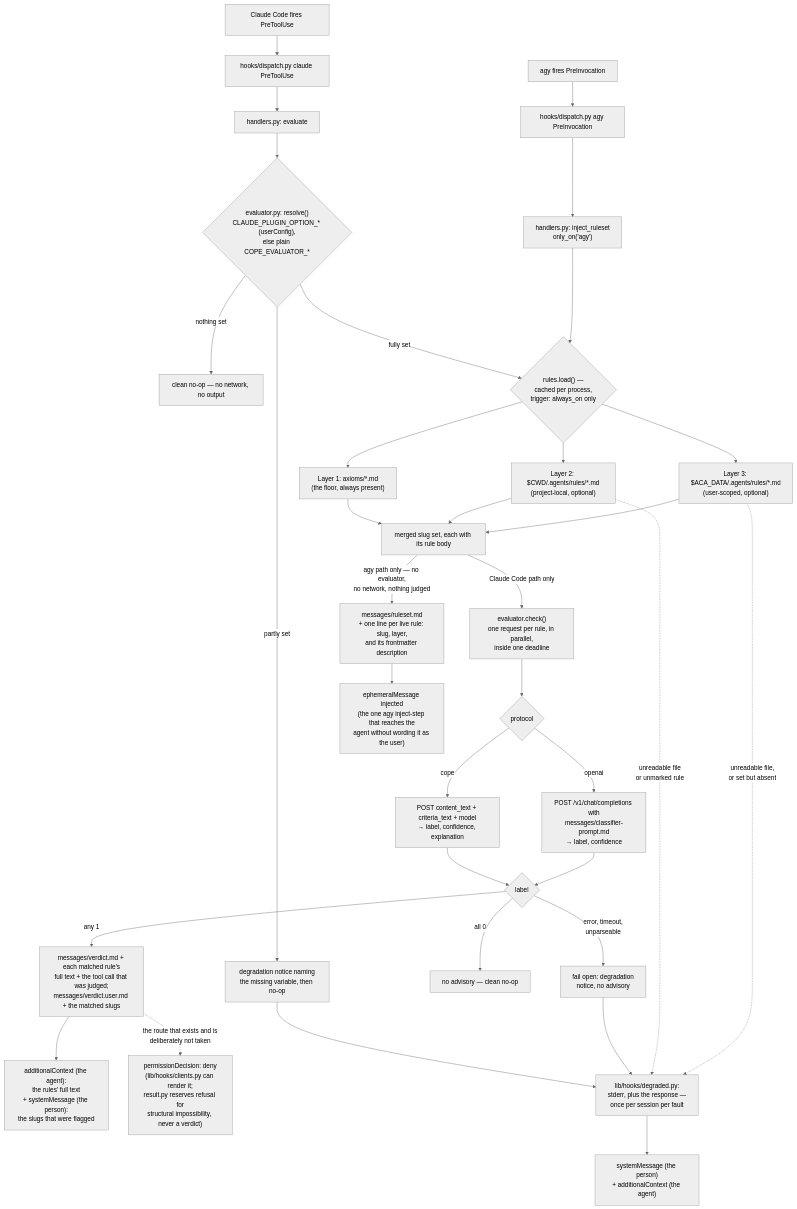
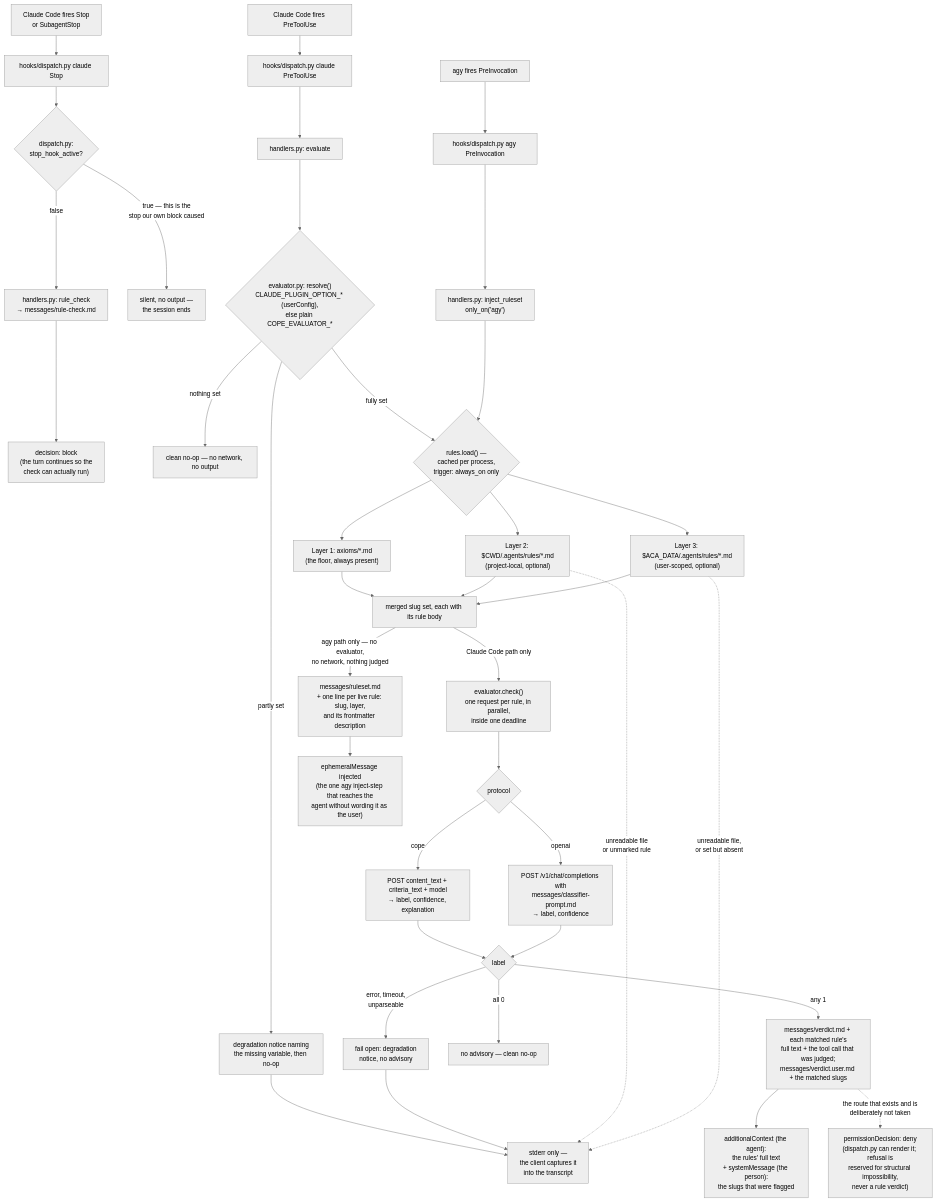
The diagram in plugins/rbg/README.md (nicsuzor/academicOps), drawn with Mermaid (neutral theme) before and after one commit. The commit also changed other lines of this file and 12 other files, not shown here.

````diff
--- a/plugins/rbg/README.md
+++ b/plugins/rbg/README.md
@@ -5,43 +5,47 @@
 ```mermaid
 flowchart TD
     A[Claude Code fires PreToolUse] --> B["hooks/dispatch.py claude PreToolUse"]
     A2[agy fires PreInvocation] --> B2["hooks/dispatch.py agy PreInvocation"]
+    A3[Claude Code fires Stop<br/>or SubagentStop] --> B3["hooks/dispatch.py claude Stop"]
     B --> C["handlers.py: evaluate"]
     B2 --> C2["handlers.py: inject_ruleset<br/>only_on('agy')"]
+    B3 --> S{"dispatch.py:<br/>stop_hook_active?"}
+    S -->|"true — this is the<br/>stop our own block caused"| S1[silent, no output —<br/>the session ends]
+    S -->|false| S2["handlers.py: rule_check<br/>→ messages/rule-check.md"]
+    S2 --> S3["decision: block<br/>(the turn continues so the<br/>check can actually run)"]
 
     C --> R{"evaluator.py: resolve()<br/>CLAUDE_PLUGIN_OPTION_* (userConfig),<br/>else plain COPE_EVALUATOR_*"}
     R -->|nothing set| R1[clean no-op — no network, no output]
     R -->|partly set| R2[degradation notice naming<br/>the missing variable, then no-op]
     R -->|fully set| D
 
     C2 --> D
     D{"rules.load() —<br/>cached per process,<br/>trigger: always_on only"} --> E1["Layer 1: axioms/*.md<br/>(the floor, always present)"]
     D --> E2["Layer 2: $CWD/.agents/rules/*.md<br/>(project-local, optional)"]
     D --> E3["Layer 3: $ACA_DATA/.agents/rules/*.md<br/>(user-scoped, optional)"]
     E1 --> F[merged slug set, each with its rule body]
     E2 --> F
     E3 --> F
 
     F -->|Claude Code path only| G["evaluator.check()<br/>one request per rule, in parallel,<br/>inside one deadline"]
     G --> H{"protocol"}
     H -->|cope| H1["POST content_text + criteria_text + model<br/>→ label, confidence, explanation"]
     H -->|openai| H2["POST /v1/chat/completions with<br/>messages/classifier-prompt.md<br/>→ label, confidence"]
     H1 --> I{label}
     H2 --> I
     I -->|error, timeout,<br/>unparseable| J["fail open: degradation<br/>notice, no advisory"]
     I -->|all 0| K[no advisory — clean no-op]
     I -->|any 1| L["messages/verdict.md + each matched rule's<br/>full text + the tool call that was judged;<br/>messages/verdict.user.md + the matched slugs"]
     L --> M["additionalContext (the agent):<br/>the rules' full text<br/>+ systemMessage (the person):<br/>the slugs that were flagged"]
     L -.->|the route that exists and is<br/>deliberately not taken| Z
-    Z["permissionDecision: deny<br/>(lib/hooks/clients.py can render it;<br/>result.py reserves refusal for<br/>structural impossibility, never a verdict)"]
+    Z["permissionDecision: deny<br/>(dispatch.py can render it; refusal is<br/>reserved for structural impossibility,<br/>never a rule verdict)"]
 
     F -->|agy path only — no evaluator,<br/>no network, nothing judged| N["messages/ruleset.md<br/>+ one line per live rule: slug, layer,<br/>and its frontmatter description"]
     N --> O["ephemeralMessage injected<br/>(the one agy inject-step that reaches the<br/>agent without wording it as the user)"]
 
     R2 --> P
     J --> P
     E2 -.->|unreadable file<br/>or unmarked rule| P
     E3 -.->|unreadable file,<br/>or set but absent| P
-    P["lib/hooks/degraded.py:<br/>stderr, plus the response —<br/>once per session per fault"]
-    P --> Q["systemMessage (the person)<br/>+ additionalContext (the agent)"]
+    P["stderr only —<br/>the client captures it<br/>into the transcript"]
 ```
````
